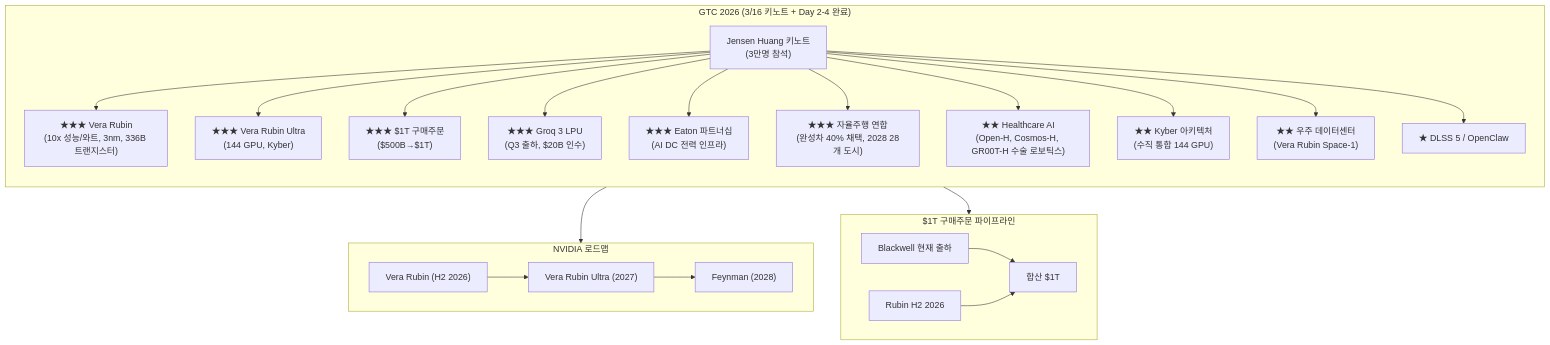
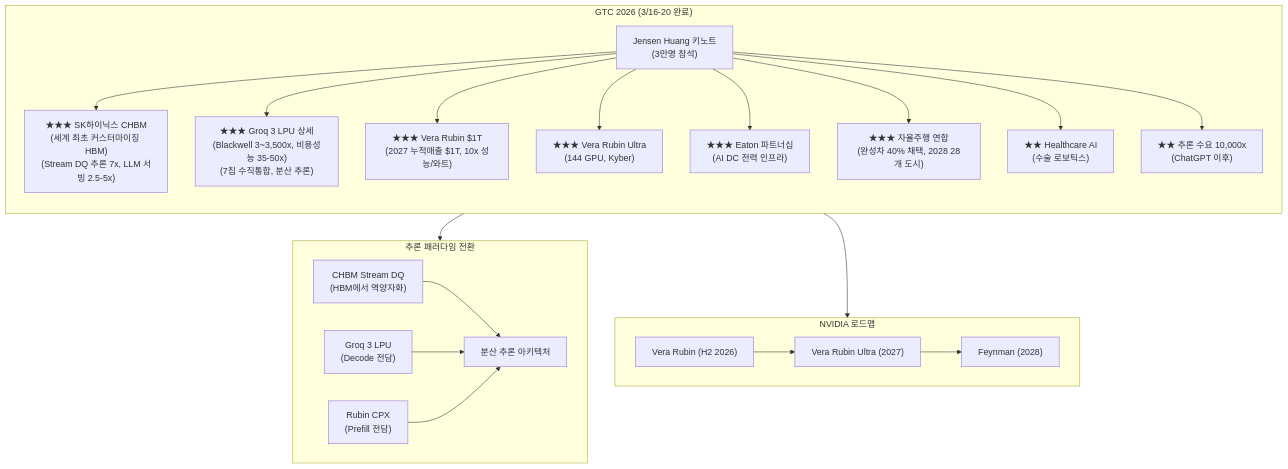
The second of 4 diagrams in _posts/knowledge/invest/2026-01-21-semiconductor-sector-outlook-2026.md (dss99911/dss99911.github.io), drawn with Mermaid before and after one commit. The commit also changed other lines of this file and 2 other files, not shown here.

First line of the commit message:
Daily investment report update 2026-03-20: Iran Qatar LNG attack, CHBM, Groq3

````diff
--- a/_posts/knowledge/invest/2026-01-21-semiconductor-sector-outlook-2026.md
+++ b/_posts/knowledge/invest/2026-01-21-semiconductor-sector-outlook-2026.md
@@ -153,34 +191,34 @@
 ```mermaid
 graph TB
-    subgraph GTC2026["GTC 2026 #40;3/16 키노트 + Day 2-4 완료#41;"]
+    subgraph GTC2026["GTC 2026 #40;3/16-20 완료#41;"]
         direction TB
         K["Jensen Huang 키노트<br/>#40;3만명 참석#41;"]
-        K --> VR["★★★ Vera Rubin<br/>#40;10x 성능/와트, 3nm, 336B 트랜지스터#41;"]
+        K --> CHBM["★★★ SK하이닉스 CHBM<br/>#40;세계 최초 커스터마이징 HBM#41;<br/>#40;Stream DQ 추론 7x, LLM 서빙 2.5-5x#41;"]
+        K --> G3["★★★ Groq 3 LPU 상세<br/>#40;Blackwell 3~3,500x, 비용성능 35-50x#41;<br/>#40;7칩 수직통합, 분산 추론#41;"]
+        K --> VR["★★★ Vera Rubin $1T<br/>#40;2027 누적매출 $1T, 10x 성능/와트#41;"]
         K --> VRU["★★★ Vera Rubin Ultra<br/>#40;144 GPU, Kyber#41;"]
-        K --> T["★★★ $1T 구매주문<br/>#40;$500B→$1T#41;"]
-        K --> G3["★★★ Groq 3 LPU<br/>#40;Q3 출하, $20B 인수#41;"]
         K --> ET["★★★ Eaton 파트너십<br/>#40;AI DC 전력 인프라#41;"]
         K --> AD["★★★ 자율주행 연합<br/>#40;완성차 40% 채택, 2028 28개 도시#41;"]
-        K --> HC["★★ Healthcare AI<br/>#40;Open-H, Cosmos-H, GR00T-H 수술 로보틱스#41;"]
-        K --> KY["★★ Kyber 아키텍처<br/>#40;수직 통합 144 GPU#41;"]
-        K --> SP["★★ 우주 데이터센터<br/>#40;Vera Rubin Space-1#41;"]
-        K --> D5["★ DLSS 5 / OpenClaw"]
+        K --> HC["★★ Healthcare AI<br/>#40;수술 로보틱스#41;"]
+        K --> INF["★★ 추론 수요 10,000x<br/>#40;ChatGPT 이후#41;"]
+    end
+
+    subgraph 추론혁신["추론 패러다임 전환"]
+        CHBM2["CHBM Stream DQ<br/>#40;HBM에서 역양자화#41;"]
+        G3B["Groq 3 LPU<br/>#40;Decode 전담#41;"]
+        RCX["Rubin CPX<br/>#40;Prefill 전담#41;"]
+        CHBM2 --> DI["분산 추론 아키텍처"]
+        G3B --> DI
+        RCX --> DI
     end
 
     subgraph 로드맵["NVIDIA 로드맵"]
         VR2["Vera Rubin #40;H2 2026#41;"]
         VU2["Vera Rubin Ultra #40;2027#41;"]
         FG2["Feynman #40;2028#41;"]
         VR2 --> VU2 --> FG2
     end
 
-    subgraph 수요["$1T 구매주문 파이프라인"]
-        BW["Blackwell 현재 출하"]
-        RB["Rubin H2 2026"]
-        BW --> T2["합산 $1T"]
-        RB --> T2
-    end
-
+    GTC2026 --> 추론혁신
     GTC2026 --> 로드맵
-    GTC2026 --> 수요
 ```
````
